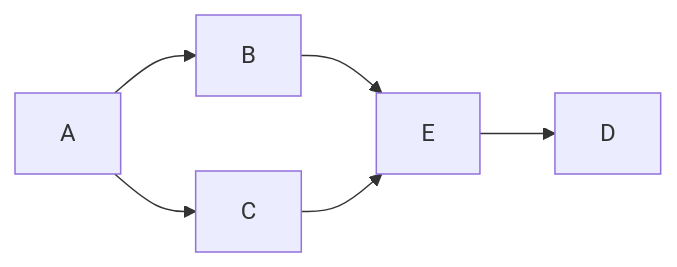
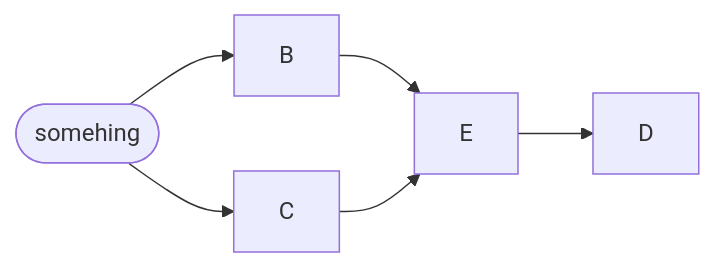
The diagram in README.md (marmal88/SGTIH), drawn with Mermaid before and after one commit. The commit also changed other lines of this file, not shown here.

````diff
--- a/README.md
+++ b/README.md
@@ -50,8 +60,8 @@
 ```mermaid
 graph LR;
-    A-->B;
+    A([somehing])-->B;
     A-->C;
     B-->E;
     C-->E;
     E-->D;
 ```
````
